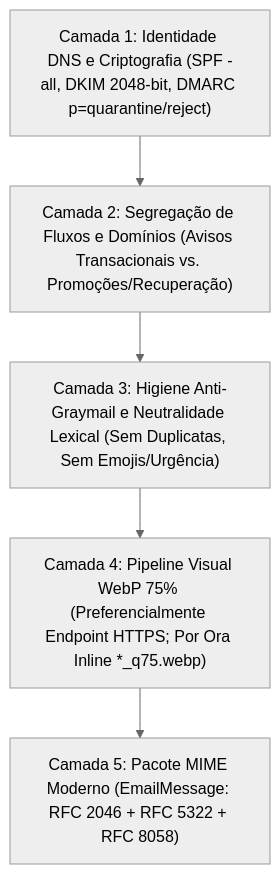
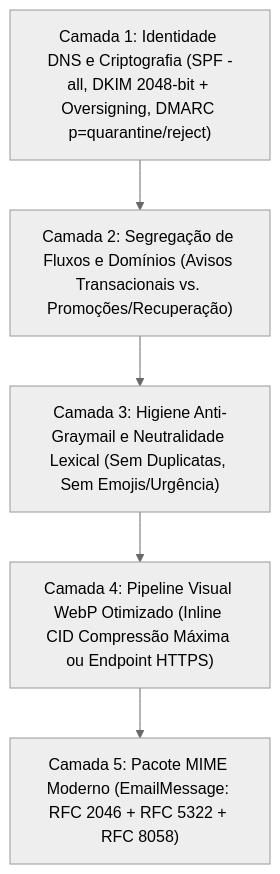
The diagram in docs/email_deliverability_policies.md (LucasDuarte026/message_integration_YAMPI), drawn with Mermaid (neutral theme) before and after one commit. The commit also changed other lines of this file and 12 other files, not shown here.

````diff
--- a/docs/email_deliverability_policies.md
+++ b/docs/email_deliverability_policies.md
@@ -14,7 +14,7 @@
 ```mermaid
 flowchart TD
-    C1["Camada 1: Identidade DNS e Criptografia (SPF -all, DKIM 2048-bit, DMARC p=quarantine/reject)"] --> C2["Camada 2: Segregação de Fluxos e Domínios (Avisos Transacionais vs. Promoções/Recuperação)"]
+    C1["Camada 1: Identidade DNS e Criptografia (SPF -all, DKIM 2048-bit + Oversigning, DMARC p=quarantine/reject)"] --> C2["Camada 2: Segregação de Fluxos e Domínios (Avisos Transacionais vs. Promoções/Recuperação)"]
     C2 --> C3["Camada 3: Higiene Anti-Graymail e Neutralidade Lexical (Sem Duplicatas, Sem Emojis/Urgência)"]
-    C3 --> C4["Camada 4: Pipeline Visual WebP 75% (Preferencialmente Endpoint HTTPS; Por Ora Inline *_q75.webp)"]
+    C3 --> C4["Camada 4: Pipeline Visual WebP Otimizado (Inline CID Compressão Máxima ou Endpoint HTTPS)"]
     C4 --> C5["Camada 5: Pacote MIME Moderno (EmailMessage: RFC 2046 + RFC 5322 + RFC 8058)"]
 ```
````
